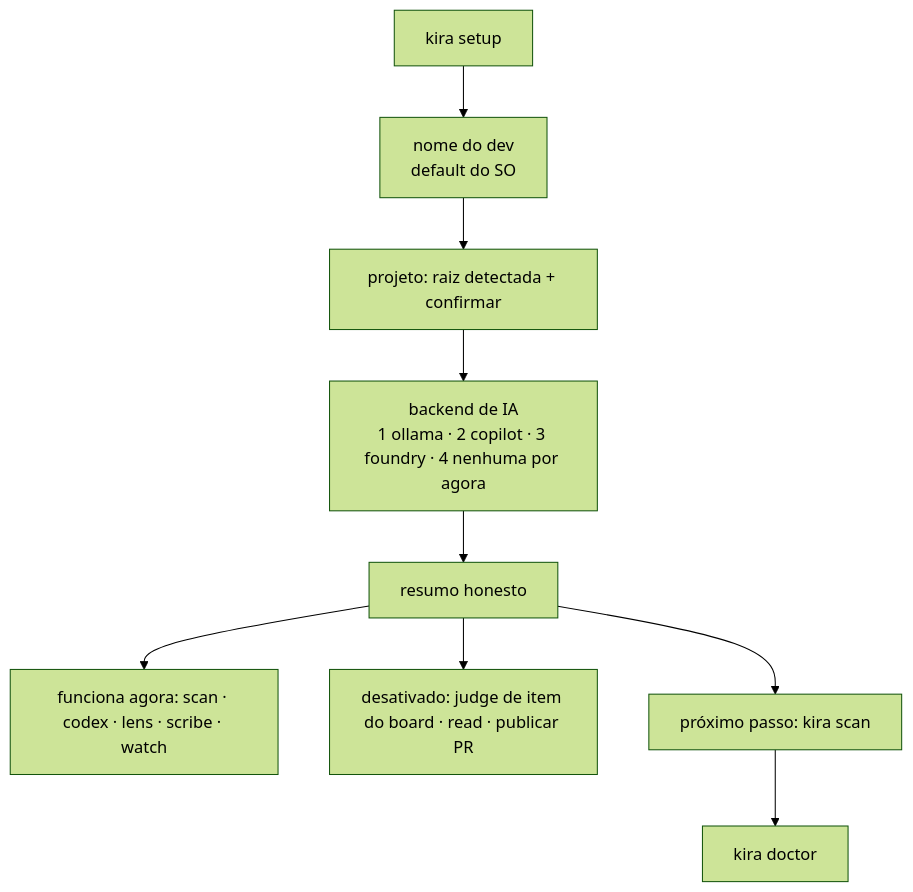
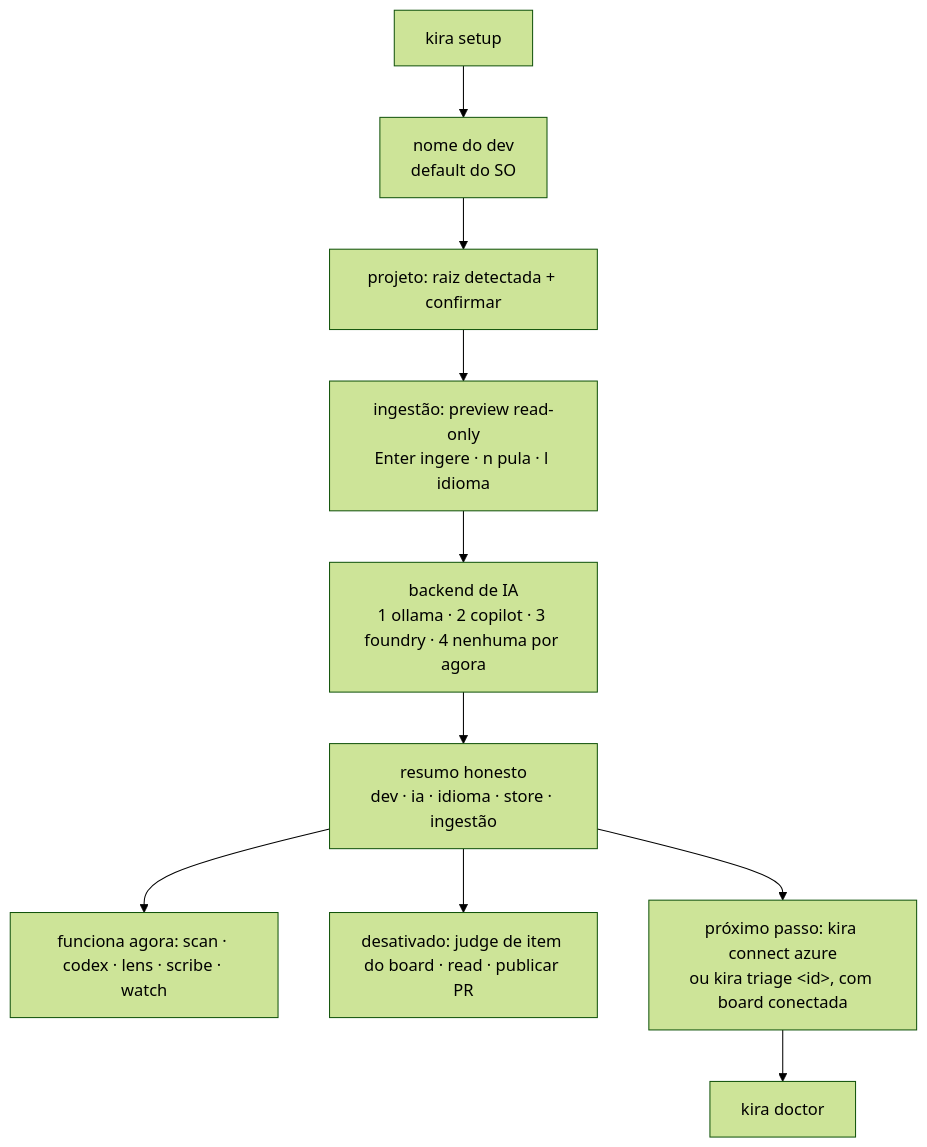
Before and after one commit to sergingroisman/kira: the second of 4 diagrams in docs/kira-jornadas.md, drawn with Mermaid (forest theme). The commit also changed other lines of this file and 5 other files, not shown here.

````diff
--- a/docs/kira-jornadas.md
+++ b/docs/kira-jornadas.md
@@ -59,11 +64,12 @@
 ```mermaid
 flowchart TD
   A[kira setup] --> B[nome do dev<br/>default do SO]
   B --> C[projeto: raiz detectada + confirmar]
-  C --> D[backend de IA<br/>1 ollama · 2 copilot · 3 foundry · 4 nenhuma por agora]
-  D --> E[resumo honesto]
+  C --> J[ingestão: preview read-only<br/>Enter ingere · n pula · l idioma]
+  J --> D[backend de IA<br/>1 ollama · 2 copilot · 3 foundry · 4 nenhuma por agora]
+  D --> E[resumo honesto<br/>dev · ia · idioma · store · ingestão]
   E --> F[funciona agora: scan · codex · lens · scribe · watch]
   E --> G[desativado: judge de item do board · read · publicar PR]
-  E --> H[próximo passo: kira scan]
+  E --> H[próximo passo: kira connect azure<br/>ou kira triage &lt;id&gt;, com board conectada]
   H --> I[kira doctor]
 ```
````
